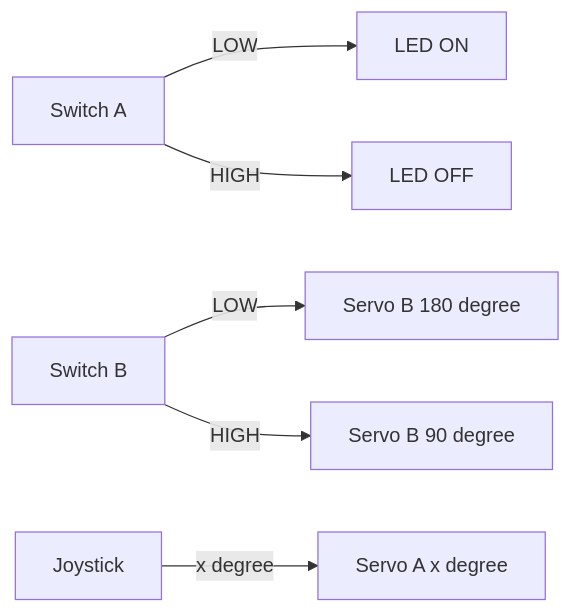
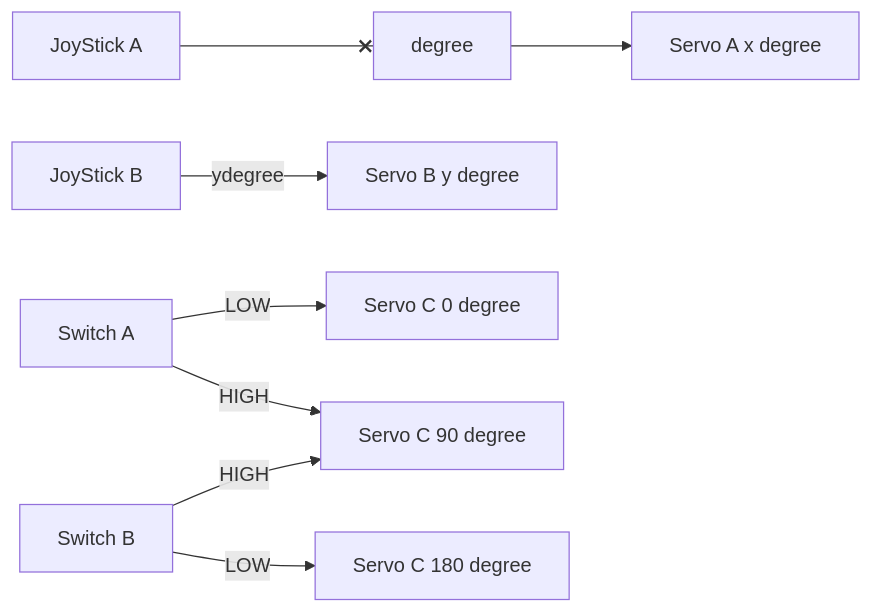
One commit to hmjn023/problem_solve changed the diagram in README.md. Above: the diagram before and after it, drawn with Mermaid.

````diff
--- a/README.md
+++ b/README.md
@@ -7,11 +7,12 @@
 ```mermaid
 flowchart LR
 
-A[Switch A] -- LOW --> B[LED ON]
-A -- HIGH --> C[LED OFF]
+A[JoyStick A] --xdegree--> B[Servo A x degree]
+C[JoyStick B] --ydegree--> D[Servo B y degree]
 
-D[Switch B] -- LOW --> E[Servo B 180 degree]
-D -- HIGH --> F[Servo B 90 degree]
+E[Switch A] --LOW--> F[Servo C 0 degree] 
+E --HIGH--> G[Servo C 90 degree]
 
-G[Joystick] -- x degree --> H[Servo A x degree]
+H[Switch B] --LOW--> I[Servo C 180 degree]
+H --HIGH--> G
 ```
````
